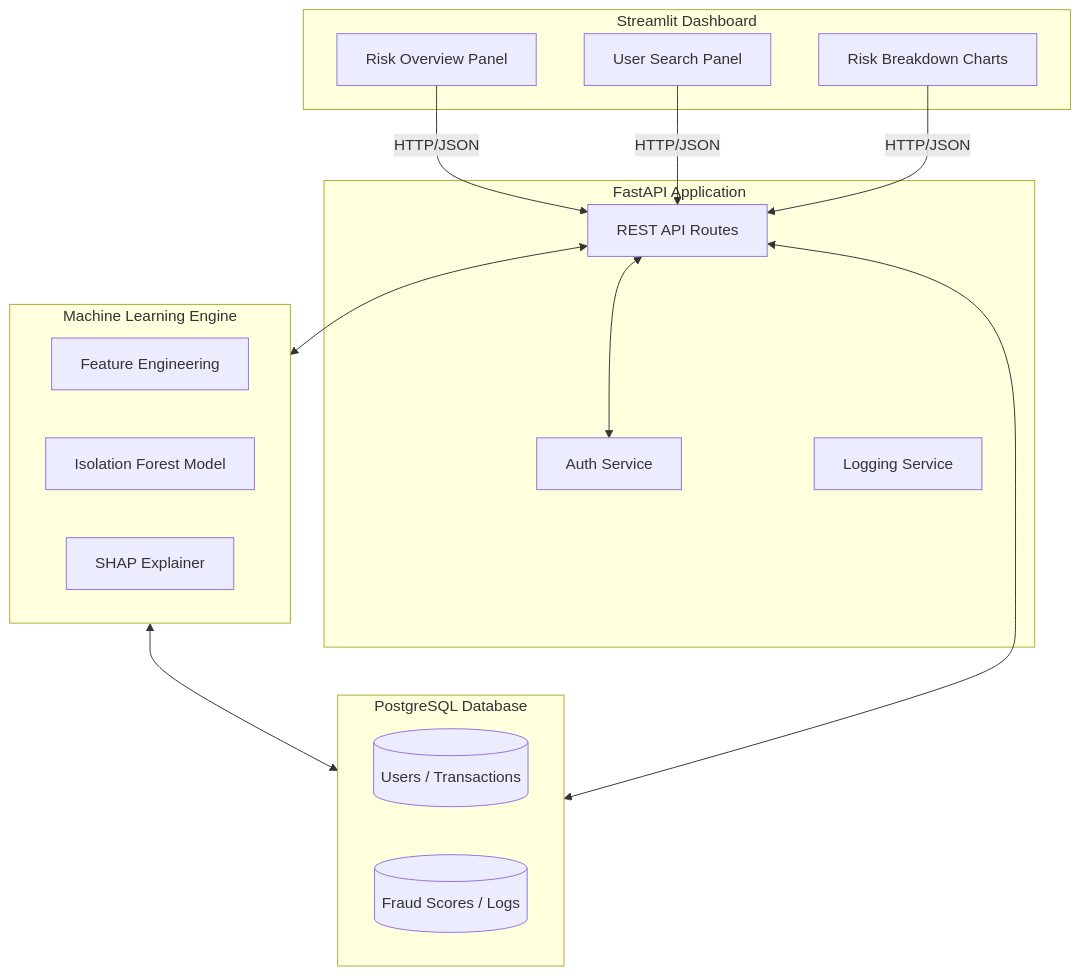
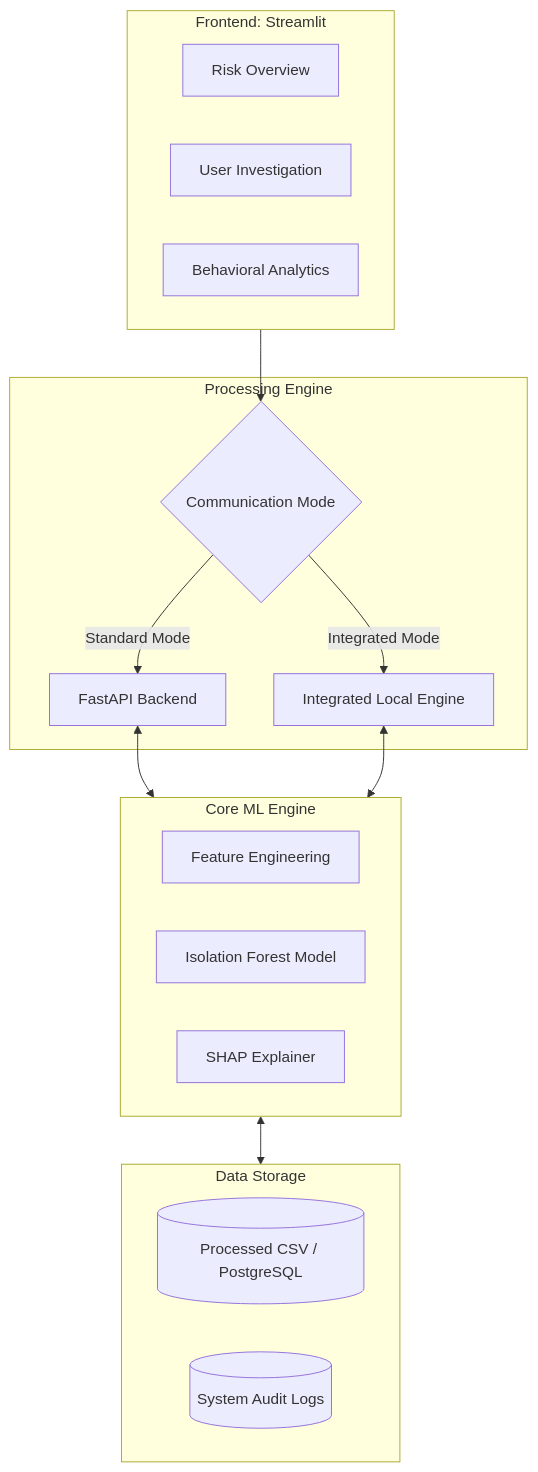
The first of 2 diagrams in README.md (sunny5491/Fraud-Detection-Dashboard), drawn with Mermaid before and after one commit. The commit also changed other lines of this file, not shown here.

Commit message:
docs: professional README update with UML, ERD, and deployment guides

````diff
--- a/README.md
+++ b/README.md
@@ -55,34 +41,31 @@
 ```mermaid
 graph TD
-    subgraph Frontend [Streamlit Dashboard]
-        A[Risk Overview Panel]
-        B[User Search Panel]
-        C[Risk Breakdown Charts]
+    subgraph Client_Layer [Frontend: Streamlit]
+        A[Risk Overview]
+        B[User Investigation]
+        C[Behavioral Analytics]
     end
 
-    subgraph Backend [FastAPI Application]
-        D[REST API Routes]
-        E[Auth Service]
-        F[Logging Service]
+    subgraph Logic_Layer [Processing Engine]
+        D{Communication Mode}
+        E[FastAPI Backend]
+        F[Integrated Local Engine]
     end
 
-    subgraph MLEngine [Machine Learning Engine]
+    subgraph ML_Layer [Core ML Engine]
         G[Feature Engineering]
         H[Isolation Forest Model]
         I[SHAP Explainer]
     end
 
-    subgraph DataLayer [PostgreSQL Database]
-        J[(Users / Transactions)]
-        K[(Fraud Scores / Logs)]
+    subgraph Data_Layer [Data Storage]
+        J[(Processed CSV / PostgreSQL)]
+        K[(System Audit Logs)]
     end
 
-    A -->|HTTP/JSON| D
-    B -->|HTTP/JSON| D
-    C -->|HTTP/JSON| D
-
-    D <--> E
-    D <--> MLEngine
-    MLEngine <--> DataLayer
-    D <--> DataLayer
+    Client_Layer --> D
+    D -->|Standard Mode| E
+    D -->|Integrated Mode| F
+    E & F <--> ML_Layer
+    ML_Layer <--> Data_Layer
 ```
````
